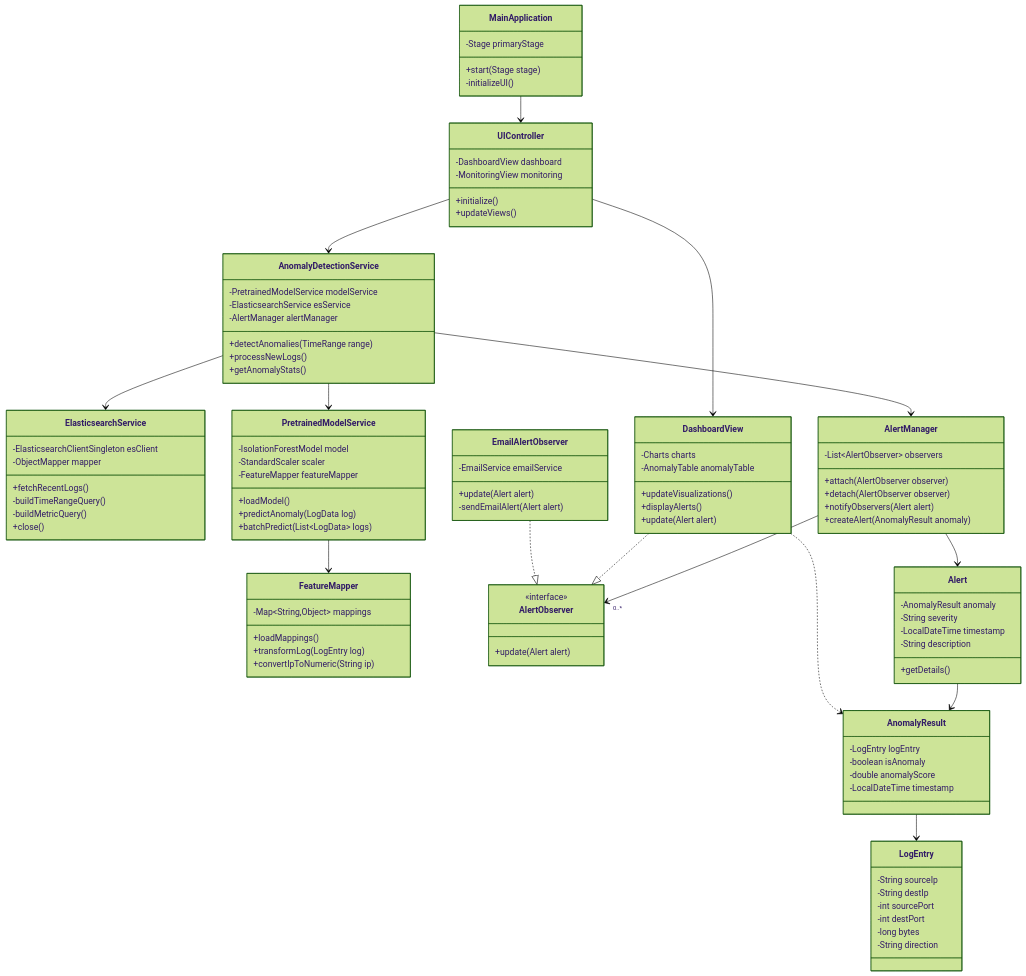
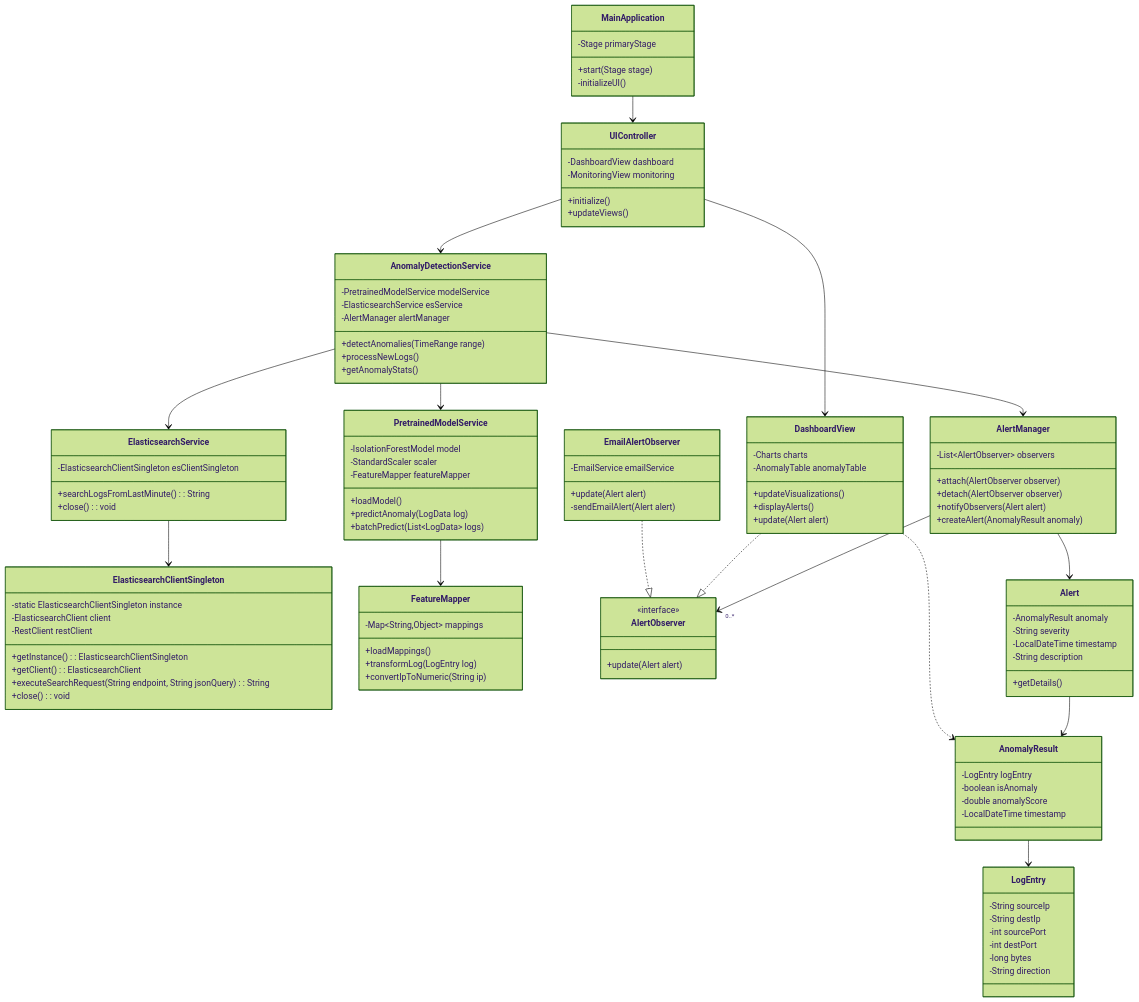
Before and after one commit to omarelkadiri/AnomalyDetection_AI: the diagram in src/main/java/com/example/anomalydetection/ClassDiagram.mermaid, drawn with Mermaid (forest theme).

```diff
--- a/src/main/java/com/example/anomalydetection/ClassDiagram.mermaid
+++ b/src/main/java/com/example/anomalydetection/ClassDiagram.mermaid
@@ -1,113 +1,121 @@
 classDiagram
     class MainApplication {
         -Stage primaryStage
         +start(Stage stage)
         -initializeUI()
     }
     
     class UIController {
         -DashboardView dashboard
         -MonitoringView monitoring
         +initialize()
         +updateViews()
     }
     
-    class ElasticsearchService {
-        -ElasticsearchClientSingleton esClient
-        -ObjectMapper mapper
-        +fetchRecentLogs()
-        -buildTimeRangeQuery()
-        -buildMetricQuery()
-        +close()
+ class ElasticsearchService {
+        -ElasticsearchClientSingleton esClientSingleton
+        +searchLogsFromLastMinute(): String
+        +close(): void
+    }
+
+    class ElasticsearchClientSingleton {
+        -static ElasticsearchClientSingleton instance
+        -ElasticsearchClient client
+        -RestClient restClient
+        +getInstance(): ElasticsearchClientSingleton
+        +getClient(): ElasticsearchClient
+        +executeSearchRequest(String endpoint, String jsonQuery): String
+        +close(): void
     }
     
     class PretrainedModelService {
         -IsolationForestModel model
         -StandardScaler scaler
         -FeatureMapper featureMapper
         +loadModel()
         +predictAnomaly(LogData log)
         +batchPredict(List~LogData~ logs)
     }
     
     class FeatureMapper {
         -Map~String,Object~ mappings
         +loadMappings()
         +transformLog(LogEntry log)
         +convertIpToNumeric(String ip)
     }
 
     class AlertManager {
         -List~AlertObserver~ observers
         +attach(AlertObserver observer)
         +detach(AlertObserver observer)
         +notifyObservers(Alert alert)
         +createAlert(AnomalyResult anomaly)
     }
 
     class AlertObserver {
         <<interface>>
         +update(Alert alert)
     }
 
     class DashboardView {
         -Charts charts
         -AnomalyTable anomalyTable
         +updateVisualizations()
         +displayAlerts()
         +update(Alert alert)
     }
 
     class EmailAlertObserver {
         -EmailService emailService
         +update(Alert alert)
         -sendEmailAlert(Alert alert)
     }
 
     class Alert {
         -AnomalyResult anomaly
         -String severity
         -LocalDateTime timestamp
         -String description
         +getDetails()
     }
 
     class AnomalyDetectionService {
         -PretrainedModelService modelService
         -ElasticsearchService esService
         -AlertManager alertManager
         +detectAnomalies(TimeRange range)
         +processNewLogs()
         +getAnomalyStats()
     }
 
     class LogEntry {
         -String sourceIp
         -String destIp
         -int sourcePort
         -int destPort
         -long bytes
         -String direction
     }
     
     class AnomalyResult {
         -LogEntry logEntry
         -boolean isAnomaly
         -double anomalyScore
         -LocalDateTime timestamp
     }
 
     MainApplication --> UIController
     UIController --> DashboardView
     UIController --> AnomalyDetectionService
     AnomalyDetectionService --> ElasticsearchService
+    ElasticsearchService --> ElasticsearchClientSingleton
     AnomalyDetectionService --> PretrainedModelService
     AnomalyDetectionService --> AlertManager
     PretrainedModelService --> FeatureMapper
     AlertManager --> "0..*" AlertObserver
     DashboardView ..|> AlertObserver
     EmailAlertObserver ..|> AlertObserver
     AlertManager --> Alert
     Alert --> AnomalyResult
     DashboardView ..> AnomalyResult
     AnomalyResult --> LogEntry
```
